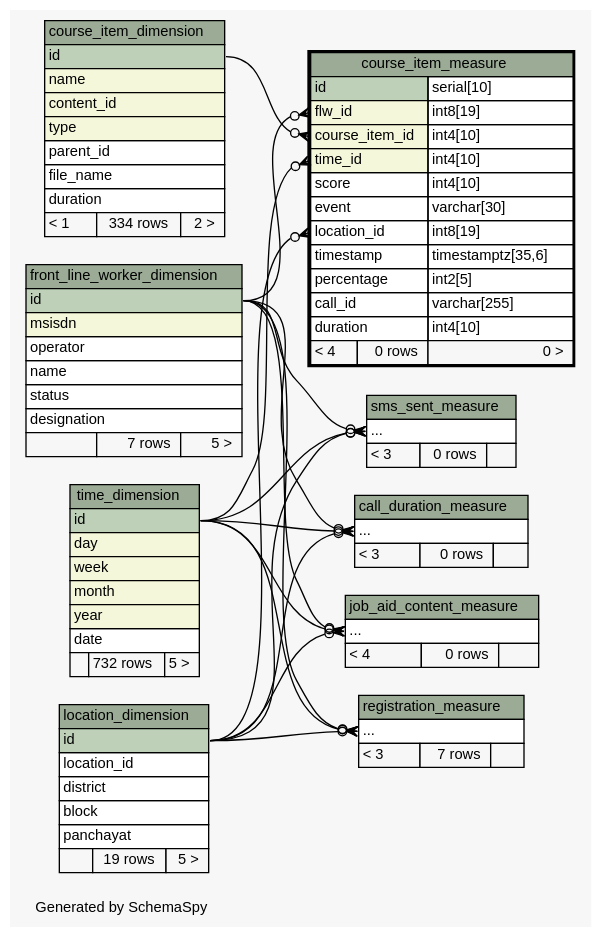
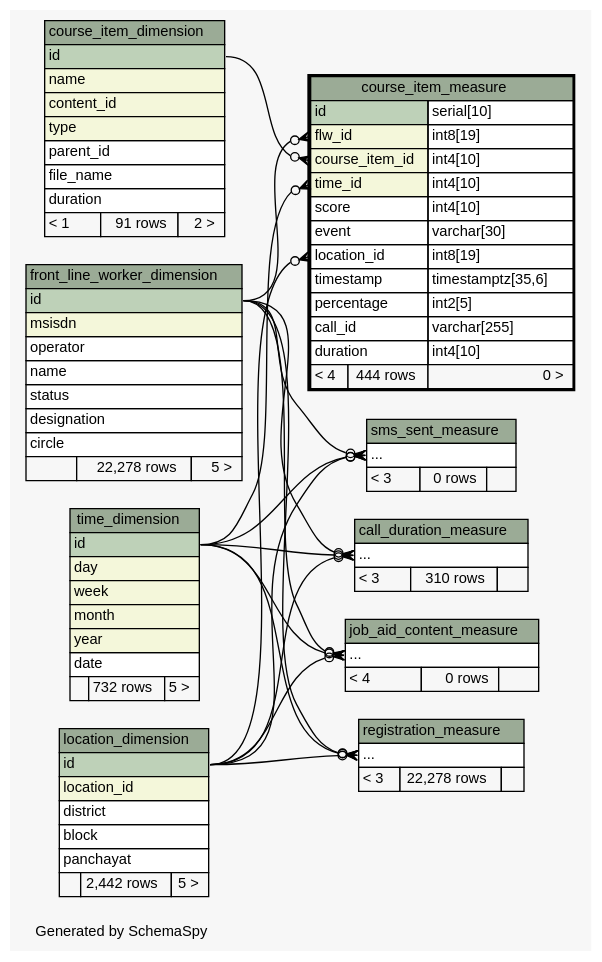
One commit to motech/ananya changed the diagram in ananya-report/build/schemaspy-output/diagrams/course_item_measure.2degrees.dot. Above: the diagram before and after it, drawn with Graphviz. The commit also changed 69 other files, not shown here.

```diff
--- a/ananya-report/build/schemaspy-output/diagrams/course_item_measure.2degrees.dot
+++ b/ananya-report/build/schemaspy-output/diagrams/course_item_measure.2degrees.dot
@@ -1,158 +1,159 @@
 // dot 2.26.3 on Linux 2.6.38-11-generic-pae
 // SchemaSpy rev 590
 digraph "twoDegreesRelationshipsDiagram" {
   graph [
     rankdir="RL"
     bgcolor="#f7f7f7"
     label="\nGenerated by SchemaSpy"
     labeljust="l"
     nodesep="0.18"
     ranksep="0.46"
     fontname="Helvetica"
     fontsize="11"
   ];
   node [
     fontname="Helvetica"
     fontsize="11"
     shape="plaintext"
   ];
   edge [
     arrowsize="0.8"
   ];
   "call_duration_measure":"elipses":w -> "front_line_worker_dimension":"id":e [arrowhead=none dir=back arrowtail=crowodot];
   "call_duration_measure":"elipses":w -> "location_dimension":"id":e [arrowhead=none dir=back arrowtail=crowodot];
   "call_duration_measure":"elipses":w -> "time_dimension":"id":e [arrowhead=none dir=back arrowtail=crowodot];
   "course_item_measure":"course_item_id":w -> "course_item_dimension":"id":e [arrowhead=none dir=back arrowtail=crowodot];
   "course_item_measure":"flw_id":w -> "front_line_worker_dimension":"id":e [arrowhead=none dir=back arrowtail=crowodot];
   "course_item_measure":"location_id":w -> "location_dimension":"id":e [arrowhead=none dir=back arrowtail=crowodot];
   "course_item_measure":"time_id":w -> "time_dimension":"id":e [arrowhead=none dir=back arrowtail=crowodot];
   "job_aid_content_measure":"elipses":w -> "front_line_worker_dimension":"id":e [arrowhead=none dir=back arrowtail=crowodot];
   "job_aid_content_measure":"elipses":w -> "location_dimension":"id":e [arrowhead=none dir=back arrowtail=crowodot];
   "job_aid_content_measure":"elipses":w -> "time_dimension":"id":e [arrowhead=none dir=back arrowtail=crowodot];
   "registration_measure":"elipses":w -> "front_line_worker_dimension":"id":e [arrowhead=none dir=back arrowtail=crowodot];
   "registration_measure":"elipses":w -> "location_dimension":"id":e [arrowhead=none dir=back arrowtail=crowodot];
   "registration_measure":"elipses":w -> "time_dimension":"id":e [arrowhead=none dir=back arrowtail=crowodot];
   "sms_sent_measure":"elipses":w -> "front_line_worker_dimension":"id":e [arrowhead=none dir=back arrowtail=crowodot];
   "sms_sent_measure":"elipses":w -> "location_dimension":"id":e [arrowhead=none dir=back arrowtail=crowodot];
   "sms_sent_measure":"elipses":w -> "time_dimension":"id":e [arrowhead=none dir=back arrowtail=crowodot];
   "call_duration_measure" [
     label=<
     <TABLE BORDER="0" CELLBORDER="1" CELLSPACING="0" BGCOLOR="#ffffff">
       <TR><TD COLSPAN="3" BGCOLOR="#9bab96" ALIGN="CENTER">call_duration_measure</TD></TR>
       <TR><TD PORT="elipses" COLSPAN="3" ALIGN="LEFT">...</TD></TR>
-      <TR><TD ALIGN="LEFT" BGCOLOR="#f7f7f7">&lt; 3</TD><TD ALIGN="RIGHT" BGCOLOR="#f7f7f7">0 rows</TD><TD ALIGN="RIGHT" BGCOLOR="#f7f7f7">  </TD></TR>
+      <TR><TD ALIGN="LEFT" BGCOLOR="#f7f7f7">&lt; 3</TD><TD ALIGN="RIGHT" BGCOLOR="#f7f7f7">310 rows</TD><TD ALIGN="RIGHT" BGCOLOR="#f7f7f7">  </TD></TR>
     </TABLE>>
     URL="call_duration_measure.html"
     tooltip="call_duration_measure"
   ];
   "course_item_dimension" [
     label=<
     <TABLE BORDER="0" CELLBORDER="1" CELLSPACING="0" BGCOLOR="#ffffff">
       <TR><TD COLSPAN="3" BGCOLOR="#9bab96" ALIGN="CENTER">course_item_dimension</TD></TR>
       <TR><TD PORT="id" COLSPAN="3" BGCOLOR="#bed1b8" ALIGN="LEFT">id</TD></TR>
       <TR><TD PORT="name" COLSPAN="3" BGCOLOR="#f4f7da" ALIGN="LEFT">name</TD></TR>
       <TR><TD PORT="content_id" COLSPAN="3" BGCOLOR="#f4f7da" ALIGN="LEFT">content_id</TD></TR>
       <TR><TD PORT="type" COLSPAN="3" BGCOLOR="#f4f7da" ALIGN="LEFT">type</TD></TR>
       <TR><TD PORT="parent_id" COLSPAN="3" ALIGN="LEFT">parent_id</TD></TR>
       <TR><TD PORT="file_name" COLSPAN="3" ALIGN="LEFT">file_name</TD></TR>
       <TR><TD PORT="duration" COLSPAN="3" ALIGN="LEFT">duration</TD></TR>
-      <TR><TD ALIGN="LEFT" BGCOLOR="#f7f7f7">&lt; 1</TD><TD ALIGN="RIGHT" BGCOLOR="#f7f7f7">334 rows</TD><TD ALIGN="RIGHT" BGCOLOR="#f7f7f7">2 &gt;</TD></TR>
+      <TR><TD ALIGN="LEFT" BGCOLOR="#f7f7f7">&lt; 1</TD><TD ALIGN="RIGHT" BGCOLOR="#f7f7f7">91 rows</TD><TD ALIGN="RIGHT" BGCOLOR="#f7f7f7">2 &gt;</TD></TR>
     </TABLE>>
     URL="course_item_dimension.html"
     tooltip="course_item_dimension"
   ];
   "course_item_measure" [
     label=<
     <TABLE BORDER="2" CELLBORDER="1" CELLSPACING="0" BGCOLOR="#ffffff">
       <TR><TD COLSPAN="3" BGCOLOR="#9bab96" ALIGN="CENTER">course_item_measure</TD></TR>
       <TR><TD PORT="id" COLSPAN="2" BGCOLOR="#bed1b8" ALIGN="LEFT">id</TD><TD PORT="id.type" ALIGN="LEFT">serial[10]</TD></TR>
       <TR><TD PORT="flw_id" COLSPAN="2" BGCOLOR="#f4f7da" ALIGN="LEFT">flw_id</TD><TD PORT="flw_id.type" ALIGN="LEFT">int8[19]</TD></TR>
       <TR><TD PORT="course_item_id" COLSPAN="2" BGCOLOR="#f4f7da" ALIGN="LEFT">course_item_id</TD><TD PORT="course_item_id.type" ALIGN="LEFT">int4[10]</TD></TR>
       <TR><TD PORT="time_id" COLSPAN="2" BGCOLOR="#f4f7da" ALIGN="LEFT">time_id</TD><TD PORT="time_id.type" ALIGN="LEFT">int4[10]</TD></TR>
       <TR><TD PORT="score" COLSPAN="2" ALIGN="LEFT">score</TD><TD PORT="score.type" ALIGN="LEFT">int4[10]</TD></TR>
       <TR><TD PORT="event" COLSPAN="2" ALIGN="LEFT">event</TD><TD PORT="event.type" ALIGN="LEFT">varchar[30]</TD></TR>
       <TR><TD PORT="location_id" COLSPAN="2" ALIGN="LEFT">location_id</TD><TD PORT="location_id.type" ALIGN="LEFT">int8[19]</TD></TR>
       <TR><TD PORT="timestamp" COLSPAN="2" ALIGN="LEFT">timestamp</TD><TD PORT="timestamp.type" ALIGN="LEFT">timestamptz[35,6]</TD></TR>
       <TR><TD PORT="percentage" COLSPAN="2" ALIGN="LEFT">percentage</TD><TD PORT="percentage.type" ALIGN="LEFT">int2[5]</TD></TR>
       <TR><TD PORT="call_id" COLSPAN="2" ALIGN="LEFT">call_id</TD><TD PORT="call_id.type" ALIGN="LEFT">varchar[255]</TD></TR>
       <TR><TD PORT="duration" COLSPAN="2" ALIGN="LEFT">duration</TD><TD PORT="duration.type" ALIGN="LEFT">int4[10]</TD></TR>
-      <TR><TD ALIGN="LEFT" BGCOLOR="#f7f7f7">&lt; 4</TD><TD ALIGN="RIGHT" BGCOLOR="#f7f7f7">0 rows</TD><TD ALIGN="RIGHT" BGCOLOR="#f7f7f7">0 &gt;</TD></TR>
+      <TR><TD ALIGN="LEFT" BGCOLOR="#f7f7f7">&lt; 4</TD><TD ALIGN="RIGHT" BGCOLOR="#f7f7f7">444 rows</TD><TD ALIGN="RIGHT" BGCOLOR="#f7f7f7">0 &gt;</TD></TR>
     </TABLE>>
     URL="course_item_measure.html"
     tooltip="course_item_measure"
   ];
   "front_line_worker_dimension" [
     label=<
     <TABLE BORDER="0" CELLBORDER="1" CELLSPACING="0" BGCOLOR="#ffffff">
       <TR><TD COLSPAN="3" BGCOLOR="#9bab96" ALIGN="CENTER">front_line_worker_dimension</TD></TR>
       <TR><TD PORT="id" COLSPAN="3" BGCOLOR="#bed1b8" ALIGN="LEFT">id</TD></TR>
       <TR><TD PORT="msisdn" COLSPAN="3" BGCOLOR="#f4f7da" ALIGN="LEFT">msisdn</TD></TR>
       <TR><TD PORT="operator" COLSPAN="3" ALIGN="LEFT">operator</TD></TR>
       <TR><TD PORT="name" COLSPAN="3" ALIGN="LEFT">name</TD></TR>
       <TR><TD PORT="status" COLSPAN="3" ALIGN="LEFT">status</TD></TR>
       <TR><TD PORT="designation" COLSPAN="3" ALIGN="LEFT">designation</TD></TR>
-      <TR><TD ALIGN="LEFT" BGCOLOR="#f7f7f7">  </TD><TD ALIGN="RIGHT" BGCOLOR="#f7f7f7">7 rows</TD><TD ALIGN="RIGHT" BGCOLOR="#f7f7f7">5 &gt;</TD></TR>
+      <TR><TD PORT="circle" COLSPAN="3" ALIGN="LEFT">circle</TD></TR>
+      <TR><TD ALIGN="LEFT" BGCOLOR="#f7f7f7">  </TD><TD ALIGN="RIGHT" BGCOLOR="#f7f7f7">22,278 rows</TD><TD ALIGN="RIGHT" BGCOLOR="#f7f7f7">5 &gt;</TD></TR>
     </TABLE>>
     URL="front_line_worker_dimension.html"
     tooltip="front_line_worker_dimension"
   ];
   "job_aid_content_measure" [
     label=<
     <TABLE BORDER="0" CELLBORDER="1" CELLSPACING="0" BGCOLOR="#ffffff">
       <TR><TD COLSPAN="3" BGCOLOR="#9bab96" ALIGN="CENTER">job_aid_content_measure</TD></TR>
       <TR><TD PORT="elipses" COLSPAN="3" ALIGN="LEFT">...</TD></TR>
       <TR><TD ALIGN="LEFT" BGCOLOR="#f7f7f7">&lt; 4</TD><TD ALIGN="RIGHT" BGCOLOR="#f7f7f7">0 rows</TD><TD ALIGN="RIGHT" BGCOLOR="#f7f7f7">  </TD></TR>
     </TABLE>>
     URL="job_aid_content_measure.html"
     tooltip="job_aid_content_measure"
   ];
   "location_dimension" [
     label=<
     <TABLE BORDER="0" CELLBORDER="1" CELLSPACING="0" BGCOLOR="#ffffff">
       <TR><TD COLSPAN="3" BGCOLOR="#9bab96" ALIGN="CENTER">location_dimension</TD></TR>
       <TR><TD PORT="id" COLSPAN="3" BGCOLOR="#bed1b8" ALIGN="LEFT">id</TD></TR>
-      <TR><TD PORT="location_id" COLSPAN="3" ALIGN="LEFT">location_id</TD></TR>
+      <TR><TD PORT="location_id" COLSPAN="3" BGCOLOR="#f4f7da" ALIGN="LEFT">location_id</TD></TR>
       <TR><TD PORT="district" COLSPAN="3" ALIGN="LEFT">district</TD></TR>
       <TR><TD PORT="block" COLSPAN="3" ALIGN="LEFT">block</TD></TR>
       <TR><TD PORT="panchayat" COLSPAN="3" ALIGN="LEFT">panchayat</TD></TR>
-      <TR><TD ALIGN="LEFT" BGCOLOR="#f7f7f7">  </TD><TD ALIGN="RIGHT" BGCOLOR="#f7f7f7">19 rows</TD><TD ALIGN="RIGHT" BGCOLOR="#f7f7f7">5 &gt;</TD></TR>
+      <TR><TD ALIGN="LEFT" BGCOLOR="#f7f7f7">  </TD><TD ALIGN="RIGHT" BGCOLOR="#f7f7f7">2,442 rows</TD><TD ALIGN="RIGHT" BGCOLOR="#f7f7f7">5 &gt;</TD></TR>
     </TABLE>>
     URL="location_dimension.html"
     tooltip="location_dimension"
   ];
   "registration_measure" [
     label=<
     <TABLE BORDER="0" CELLBORDER="1" CELLSPACING="0" BGCOLOR="#ffffff">
       <TR><TD COLSPAN="3" BGCOLOR="#9bab96" ALIGN="CENTER">registration_measure</TD></TR>
       <TR><TD PORT="elipses" COLSPAN="3" ALIGN="LEFT">...</TD></TR>
-      <TR><TD ALIGN="LEFT" BGCOLOR="#f7f7f7">&lt; 3</TD><TD ALIGN="RIGHT" BGCOLOR="#f7f7f7">7 rows</TD><TD ALIGN="RIGHT" BGCOLOR="#f7f7f7">  </TD></TR>
+      <TR><TD ALIGN="LEFT" BGCOLOR="#f7f7f7">&lt; 3</TD><TD ALIGN="RIGHT" BGCOLOR="#f7f7f7">22,278 rows</TD><TD ALIGN="RIGHT" BGCOLOR="#f7f7f7">  </TD></TR>
     </TABLE>>
     URL="registration_measure.html"
     tooltip="registration_measure"
   ];
   "sms_sent_measure" [
     label=<
     <TABLE BORDER="0" CELLBORDER="1" CELLSPACING="0" BGCOLOR="#ffffff">
       <TR><TD COLSPAN="3" BGCOLOR="#9bab96" ALIGN="CENTER">sms_sent_measure</TD></TR>
       <TR><TD PORT="elipses" COLSPAN="3" ALIGN="LEFT">...</TD></TR>
       <TR><TD ALIGN="LEFT" BGCOLOR="#f7f7f7">&lt; 3</TD><TD ALIGN="RIGHT" BGCOLOR="#f7f7f7">0 rows</TD><TD ALIGN="RIGHT" BGCOLOR="#f7f7f7">  </TD></TR>
     </TABLE>>
     URL="sms_sent_measure.html"
     tooltip="sms_sent_measure"
   ];
   "time_dimension" [
     label=<
     <TABLE BORDER="0" CELLBORDER="1" CELLSPACING="0" BGCOLOR="#ffffff">
       <TR><TD COLSPAN="3" BGCOLOR="#9bab96" ALIGN="CENTER">time_dimension</TD></TR>
       <TR><TD PORT="id" COLSPAN="3" BGCOLOR="#bed1b8" ALIGN="LEFT">id</TD></TR>
       <TR><TD PORT="day" COLSPAN="3" BGCOLOR="#f4f7da" ALIGN="LEFT">day</TD></TR>
       <TR><TD PORT="week" COLSPAN="3" BGCOLOR="#f4f7da" ALIGN="LEFT">week</TD></TR>
       <TR><TD PORT="month" COLSPAN="3" BGCOLOR="#f4f7da" ALIGN="LEFT">month</TD></TR>
       <TR><TD PORT="year" COLSPAN="3" BGCOLOR="#f4f7da" ALIGN="LEFT">year</TD></TR>
       <TR><TD PORT="date" COLSPAN="3" ALIGN="LEFT">date</TD></TR>
       <TR><TD ALIGN="LEFT" BGCOLOR="#f7f7f7">  </TD><TD ALIGN="RIGHT" BGCOLOR="#f7f7f7">732 rows</TD><TD ALIGN="RIGHT" BGCOLOR="#f7f7f7">5 &gt;</TD></TR>
     </TABLE>>
     URL="time_dimension.html"
     tooltip="time_dimension"
   ];
 }
```
